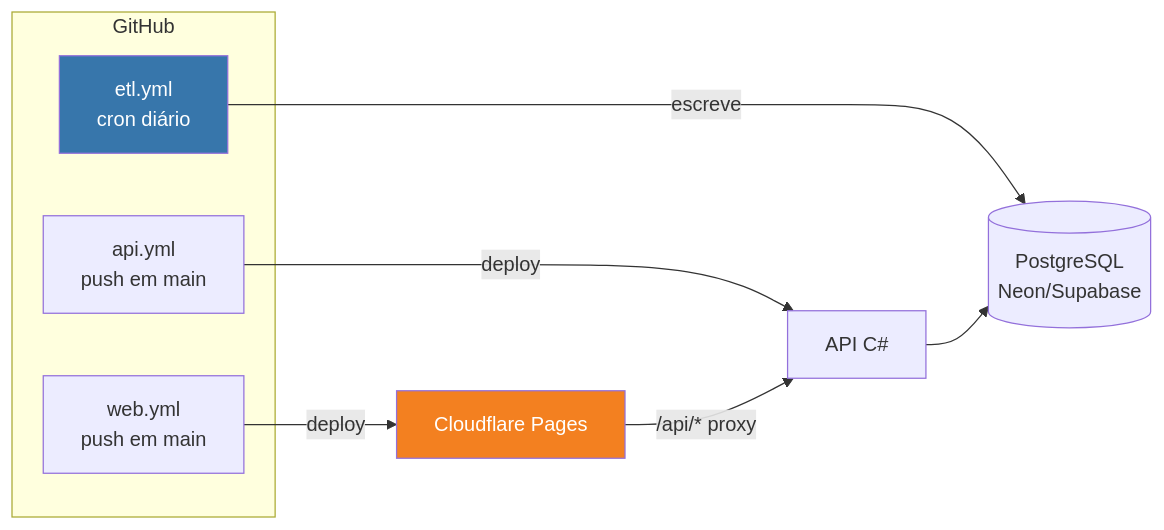
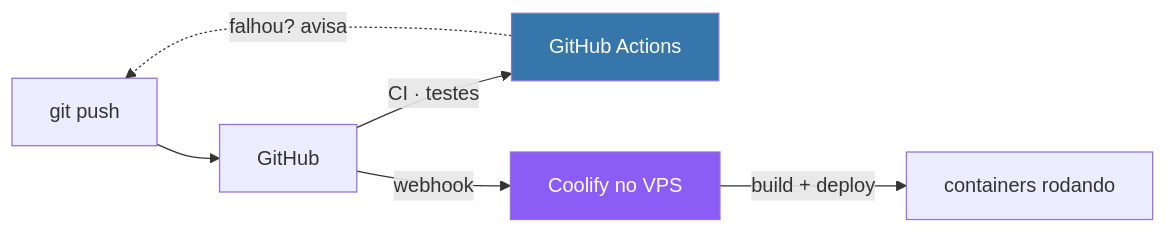
One commit to IgorLucasAssuncao/poligraph changed the diagram in docs/plano/05-cicd-e-deploy.md. Above: the diagram before and after it, drawn with Mermaid. The commit also changed other lines of this file and 1 other file, not shown here.

First line of the commit message:
docs: Hostinger KVM 2, stack Grafana e CI/CD reescrito para Coolify

````diff
--- a/docs/plano/05-cicd-e-deploy.md
+++ b/docs/plano/05-cicd-e-deploy.md
@@ -12,17 +70,10 @@
 ```mermaid
 flowchart LR
-    subgraph GH["GitHub"]
-        W1["etl.yml<br/>cron diário"]
-        W2["api.yml<br/>push em main"]
-        W3["web.yml<br/>push em main"]
-    end
-
-    W1 -->|"escreve"| PG[("PostgreSQL<br/>Neon/Supabase")]
-    W2 -->|"deploy"| API["API C#"]
-    W3 -->|"deploy"| CFP["Cloudflare Pages"]
-    API --> PG
-    CFP -->|"/api/* proxy"| API
-
-    style W1 fill:#3776ab,color:#fff
-    style CFP fill:#f38020,color:#fff
+    D["git push"] --> GH["GitHub"]
+    GH -->|"CI · testes"| A["GitHub Actions"]
+    GH -->|"webhook"| C["Coolify no VPS"]
+    C -->|"build + deploy"| VPS["containers rodando"]
+    A -.->|"falhou? avisa"| D
+    style A fill:#3776ab,color:#fff
+    style C fill:#8b5cf6,color:#fff
 ```
````
